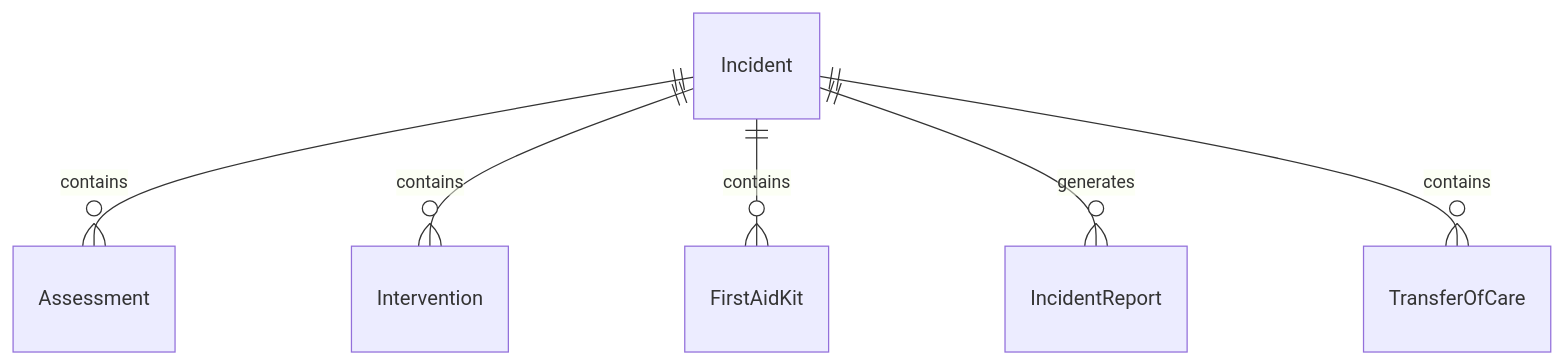
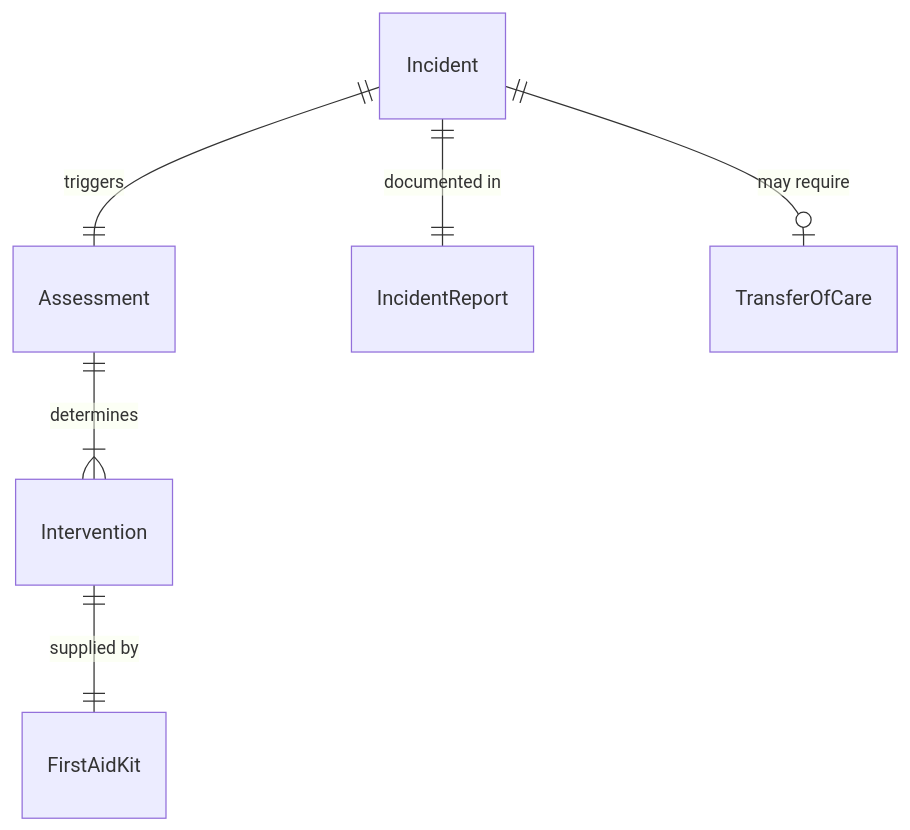
Before and after one commit to dot-org-ai/tasks.org.ai: the first of 4 diagrams in AssistingAndCaringForOthers/AdministerEmergencyMedicalTreatment/AdministerFirstAid.mdx, drawn with Mermaid. The commit also changed other lines of this file and 32 other files, not shown here.

First line of the commit message:
fix: Improve ER and State diagrams in 32 AssistingAndCaringForOthers DWA files

````diff
--- a/AssistingAndCaringForOthers/AdministerEmergencyMedicalTreatment/AdministerFirstAid.mdx
+++ b/AssistingAndCaringForOthers/AdministerEmergencyMedicalTreatment/AdministerFirstAid.mdx
@@ -88,8 +88,8 @@
 ```mermaid
 erDiagram
-    Incident ||--o{ Assessment : contains
-    Incident ||--o{ Intervention : contains
-    Incident ||--o{ FirstAidKit : contains
-    Incident ||--o{ IncidentReport : generates
-    Incident ||--o{ TransferOfCare : contains
+    Incident ||--|| Assessment : triggers
+    Assessment ||--|{ Intervention : determines
+    Intervention ||--|| FirstAidKit : "supplied by"
+    Incident ||--|| IncidentReport : "documented in"
+    Incident ||--o| TransferOfCare : "may require"
 ```
````
